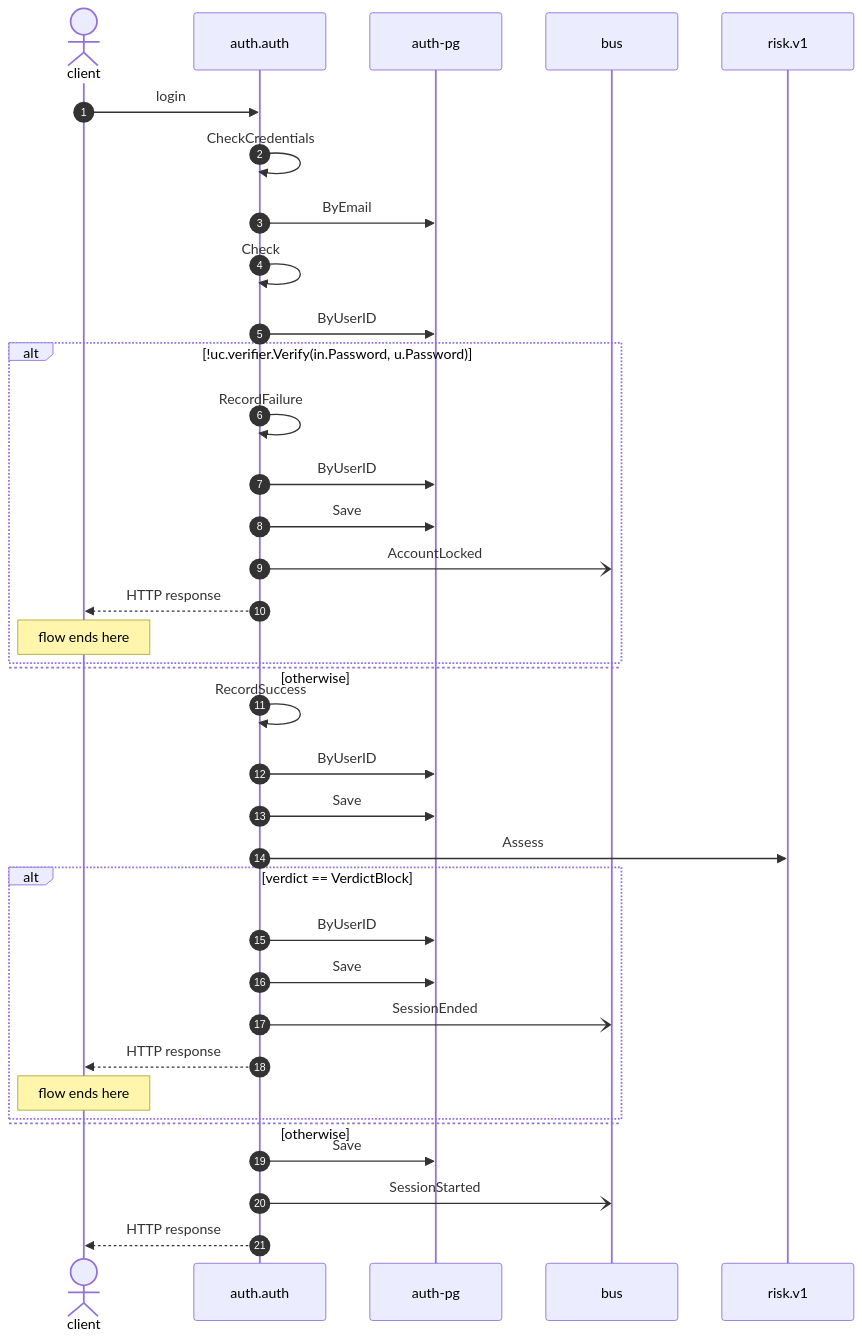
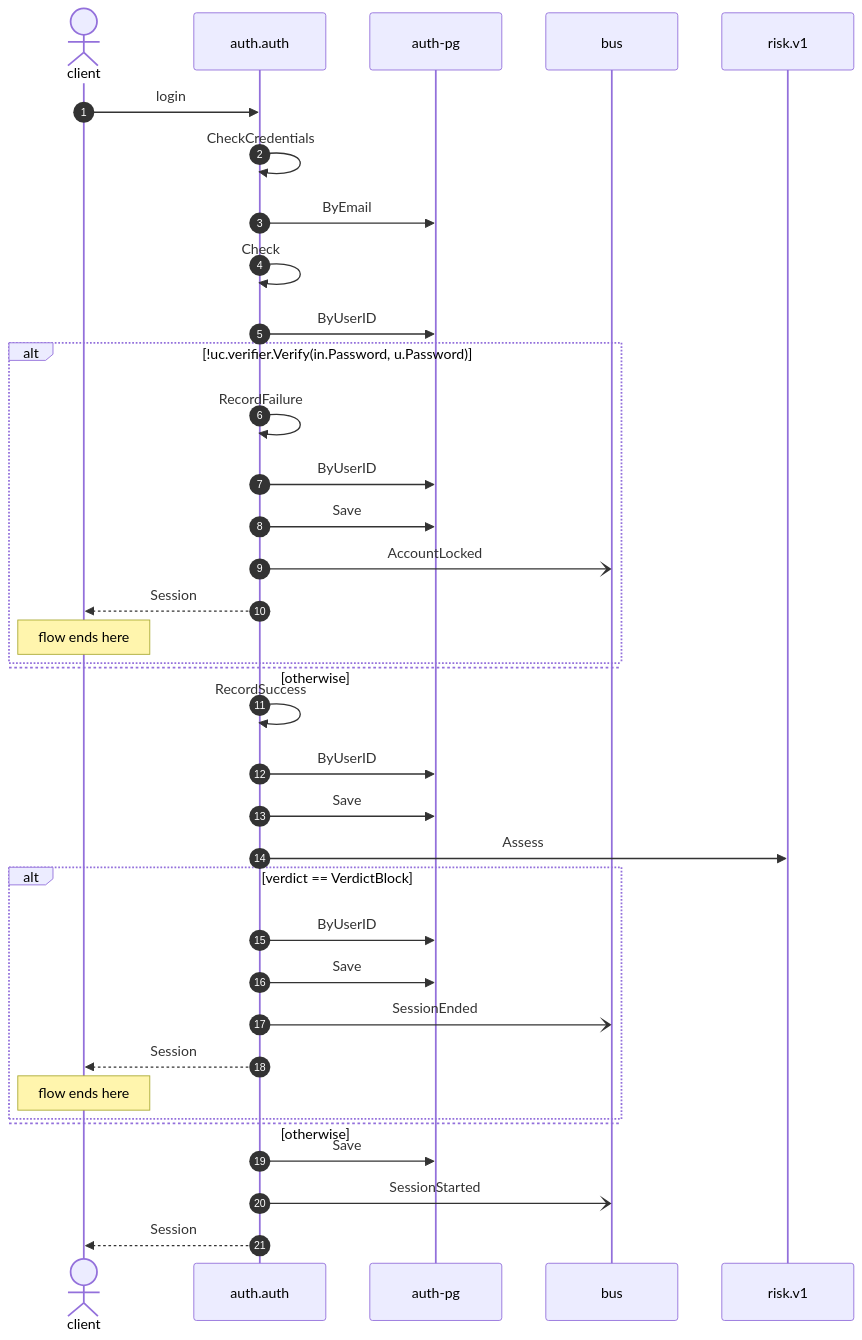
The diagram in exports/mermaid/example/auth-login.mmd (shortlink-org/portolan), drawn with Mermaid before and after one commit. The commit also changed 82 other files, not shown here.

```diff
--- a/exports/mermaid/example/auth-login.mmd
+++ b/exports/mermaid/example/auth-login.mmd
@@ -1,36 +1,36 @@
 sequenceDiagram
     autonumber
     actor p0 as client
     participant p1 as auth.auth
     participant p2 as auth-pg
     participant p3 as bus
     participant p4 as risk.v1
     p0->>p1: login
     p1->>p1: CheckCredentials
     p1->>p2: ByEmail
     p1->>p1: Check
     p1->>p2: ByUserID
     alt !uc.verifier.Verify(in.Password, u.Password)
         p1->>p1: RecordFailure
         p1->>p2: ByUserID
         p1->>p2: Save
         p1-)p3: AccountLocked
-        p1-->>p0: HTTP response
+        p1-->>p0: Session
         Note over p0: flow ends here
     else otherwise
     end
     p1->>p1: RecordSuccess
     p1->>p2: ByUserID
     p1->>p2: Save
     p1->>p4: Assess
     alt verdict == VerdictBlock
         p1->>p2: ByUserID
         p1->>p2: Save
         p1-)p3: SessionEnded
-        p1-->>p0: HTTP response
+        p1-->>p0: Session
         Note over p0: flow ends here
     else otherwise
     end
     p1->>p2: Save
     p1-)p3: SessionStarted
-    p1-->>p0: HTTP response
+    p1-->>p0: Session
```
